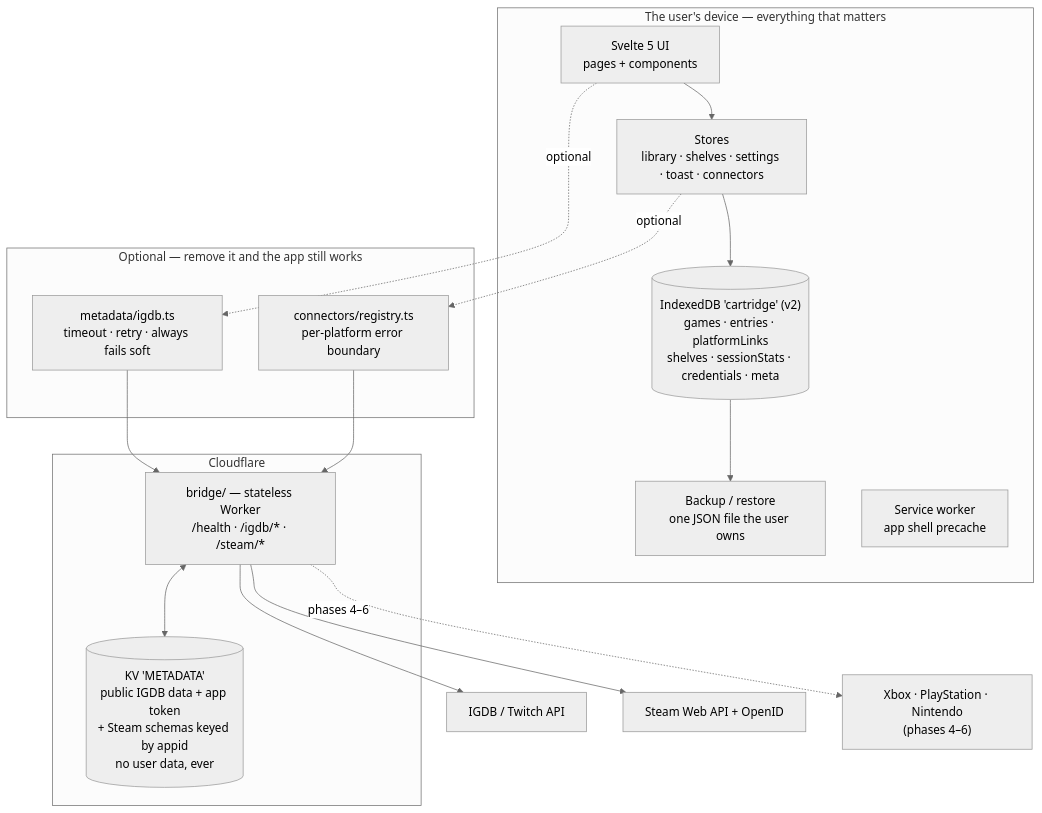
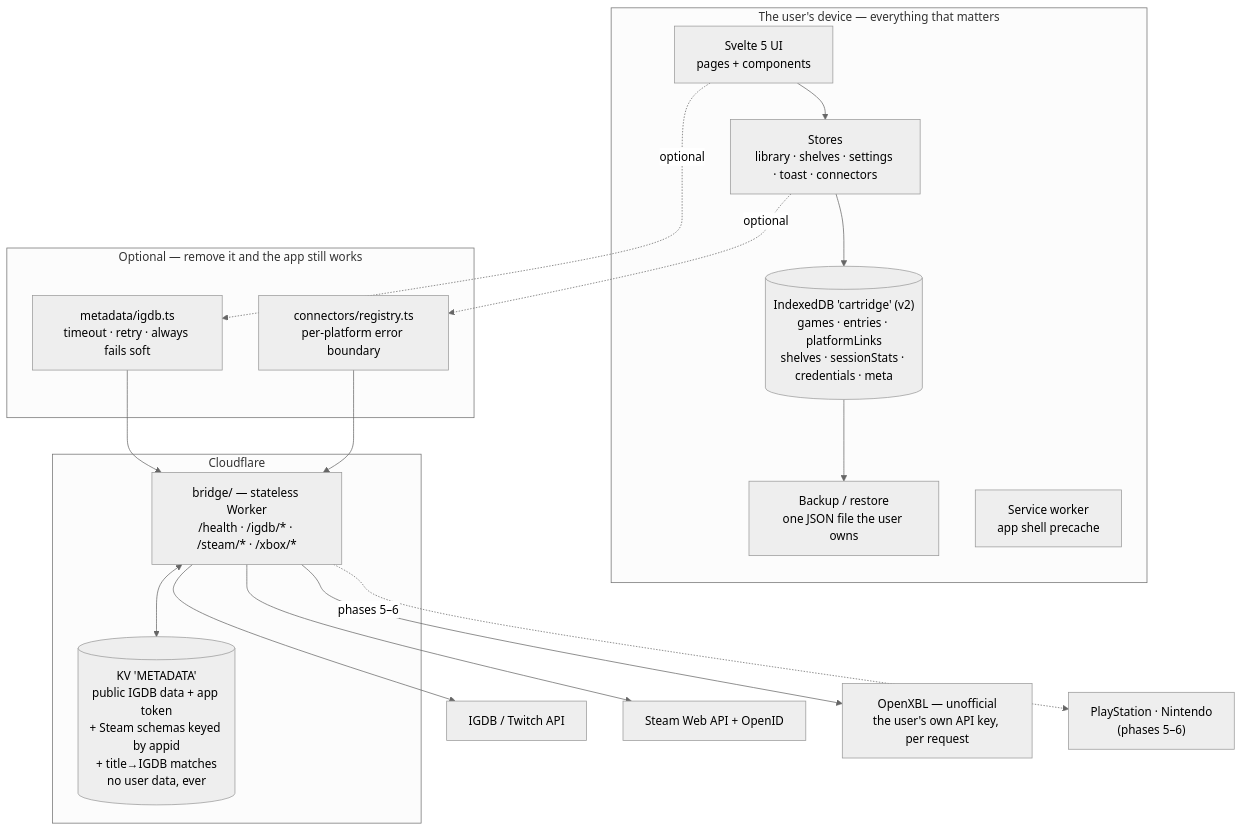
Before and after one commit to jrmoulckers/cartridge: the diagram in ARCHITECTURE.md, drawn with Mermaid (neutral theme). The commit also changed other lines of this file and 23 other files, not shown here.

First line of the commit message:
feat(connectors): Xbox connector via OpenXBL (#13) (#14)

````diff
--- a/ARCHITECTURE.md
+++ b/ARCHITECTURE.md
@@ -28,34 +28,36 @@
 ```mermaid
 flowchart TB
     subgraph device["The user's device — everything that matters"]
         UI["Svelte 5 UI<br/>pages + components"]
         Stores["Stores<br/>library · shelves · settings · toast · connectors"]
         DB[("IndexedDB 'cartridge' (v2)<br/>games · entries · platformLinks<br/>shelves · sessionStats · credentials · meta")]
         Backup["Backup / restore<br/>one JSON file the user owns"]
         SW["Service worker<br/>app shell precache"]
 
         UI --> Stores --> DB
         DB --> Backup
     end
 
     subgraph optional["Optional — remove it and the app still works"]
         Meta["metadata/igdb.ts<br/>timeout · retry · always fails soft"]
         Conn["connectors/registry.ts<br/>per-platform error boundary"]
     end
 
     subgraph cf["Cloudflare"]
-        Bridge["bridge/ — stateless Worker<br/>/health · /igdb/* · /steam/*"]
-        KV[("KV 'METADATA'<br/>public IGDB data + app token<br/>+ Steam schemas keyed by appid<br/>no user data, ever")]
+        Bridge["bridge/ — stateless Worker<br/>/health · /igdb/* · /steam/* · /xbox/*"]
+        KV[("KV 'METADATA'<br/>public IGDB data + app token<br/>+ Steam schemas keyed by appid<br/>+ title→IGDB matches<br/>no user data, ever")]
     end
 
     IGDB["IGDB / Twitch API"]
     Plat["Steam Web API + OpenID"]
-    Soon["Xbox · PlayStation · Nintendo<br/>(phases 4–6)"]
+    XBL["OpenXBL — unofficial<br/>the user's own API key, per request"]
+    Soon["PlayStation · Nintendo<br/>(phases 5–6)"]
 
     UI -.optional.-> Meta --> Bridge
     Stores -.optional.-> Conn --> Bridge
     Bridge <--> KV
     Bridge --> IGDB
     Bridge --> Plat
-    Bridge -.phases 4–6.-> Soon
+    Bridge --> XBL
+    Bridge -.phases 5–6.-> Soon
 ```
````
